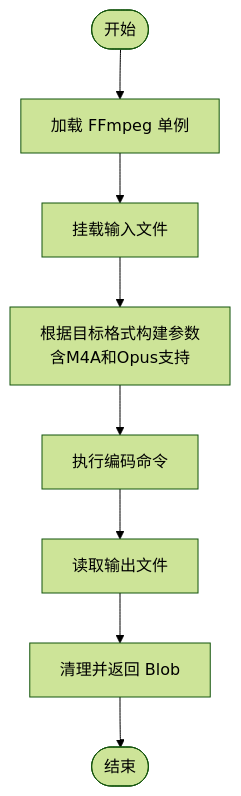
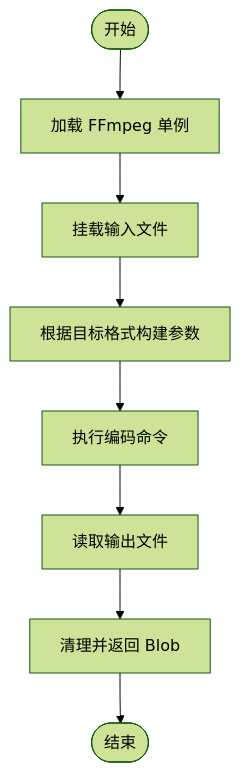
Before and after one commit to sgyy/privadeck: the fourth of 7 diagrams in .qoder/repowiki/zh/content/音频工具/音频工具.md, drawn with Mermaid (forest theme). The commit also changed other lines of this file and 48 other files, not shown here.

````diff
--- a/.qoder/repowiki/zh/content/音频工具/音频工具.md
+++ b/.qoder/repowiki/zh/content/音频工具/音频工具.md
@@ -189,10 +170,10 @@
 ```mermaid
 flowchart TD
 A_START(["开始"]) --> A_LOAD["加载 FFmpeg 单例"]
 A_LOAD --> A_MOUNT["挂载输入文件"]
-A_MOUNT --> A_BUILD["根据目标格式构建参数<br/>含M4A和Opus支持"]
+A_MOUNT --> A_BUILD["根据目标格式构建参数"]
 A_BUILD --> A_EXEC["执行编码命令"]
 A_EXEC --> A_READ["读取输出文件"]
 A_READ --> A_CLEAN["清理并返回 Blob"]
 A_CLEAN --> A_DONE(["结束"])
 ```
````
